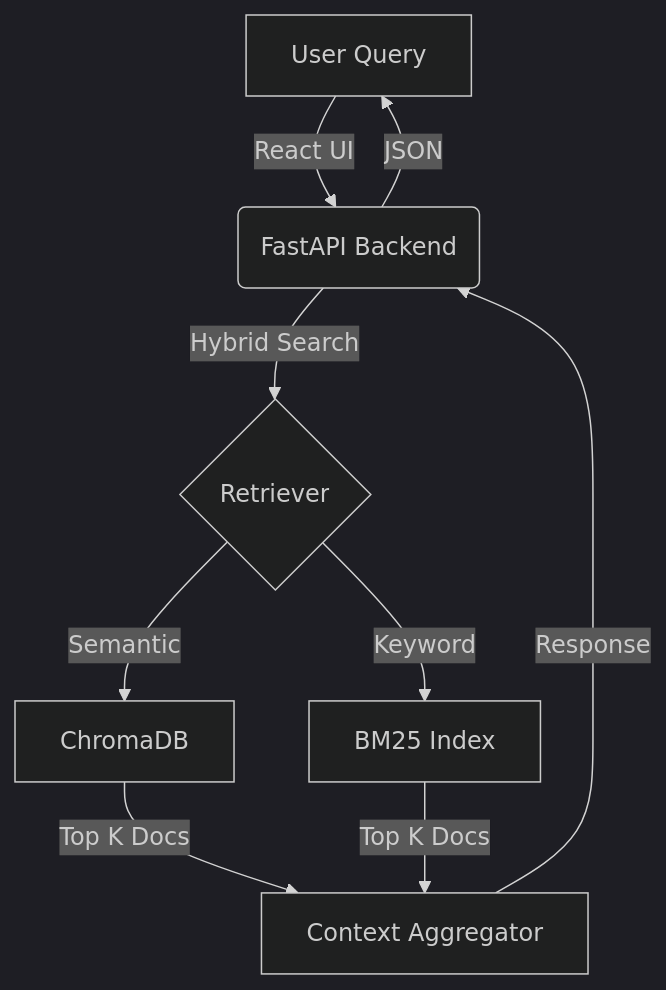
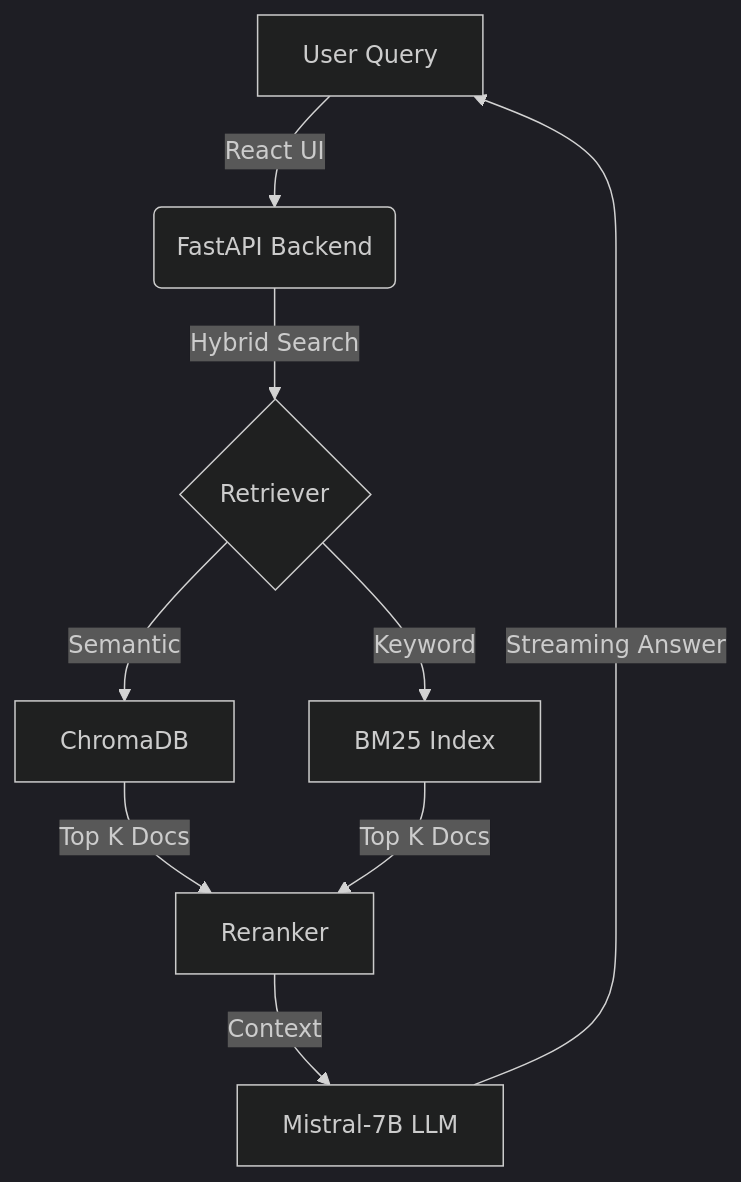
Before and after one commit to bhuvanchandar7/IntelliDocs: the diagram in README.md, drawn with Mermaid (dark theme). The commit also changed other lines of this file and 18 other files, not shown here.

````diff
--- a/README.md
+++ b/README.md
@@ -44,10 +44,10 @@
 ```mermaid
 graph TD
     A[User Query] -->|React UI| B(FastAPI Backend)
     B -->|Hybrid Search| C{Retriever}
     C -->|Semantic| D[ChromaDB]
     C -->|Keyword| E[BM25 Index]
-    D & E -->|Top K Docs| F[Context Aggregator]
-    F -->|Response| B
-    B -->|JSON| A
+    D & E -->|Top K Docs| F[Reranker]
+    F -->|Context| G[Mistral-7B LLM]
+    G -->|Streaming Answer| A
 ```
````
